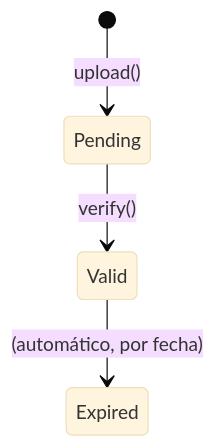
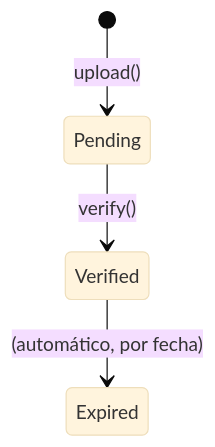
Diagram 13 of 17 in docs/model/08-STATE_MACHINES.md (hilarionht/renta-cars), drawn with Mermaid (base theme) before and after one commit. The commit also changed other lines of this file and 5 other files, not shown here.

````diff
--- a/docs/model/08-STATE_MACHINES.md
+++ b/docs/model/08-STATE_MACHINES.md
@@ -262,6 +269,6 @@
 ```mermaid
 stateDiagram-v2
     [*] --> Pending: upload()
-    Pending --> Valid: verify()
-    Valid --> Expired: (automático, por fecha)
+    Pending --> Verified: verify()
+    Verified --> Expired: (automático, por fecha)
 ```
````
